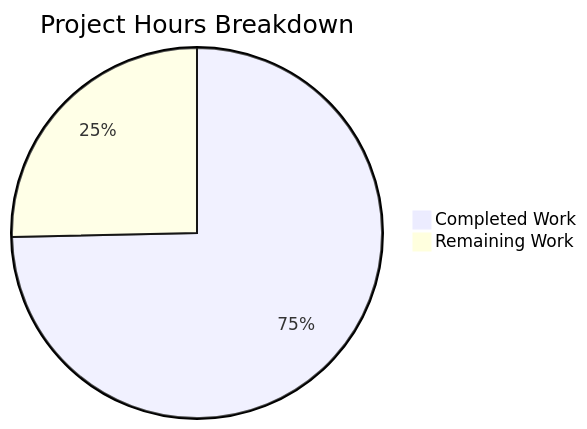
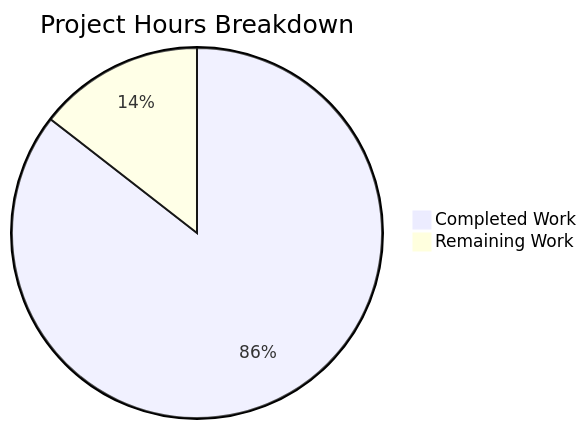
One commit to blitzy-public-samples/blitzy-kubernetes changed the second of 2 diagrams in blitzy/documentation/Project Guide.md. Above: the diagram before and after it, drawn with Mermaid. The commit also changed other lines of this file, not shown here.

Commit message:
Adding Blitzy Project Guide: Project Status and Human Tasks Remaining

````diff
--- a/blitzy/documentation/Project Guide.md
+++ b/blitzy/documentation/Project Guide.md
@@ -35,5 +174,5 @@
 ```mermaid
 pie title Project Hours Breakdown
-    "Completed Work" : 53
-    "Remaining Work" : 18
+    "Completed Work" : 124
+    "Remaining Work" : 21
 ```
````
